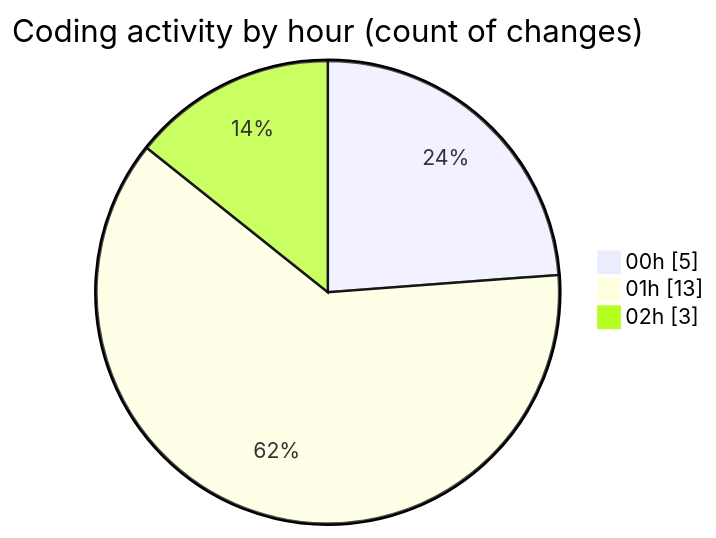
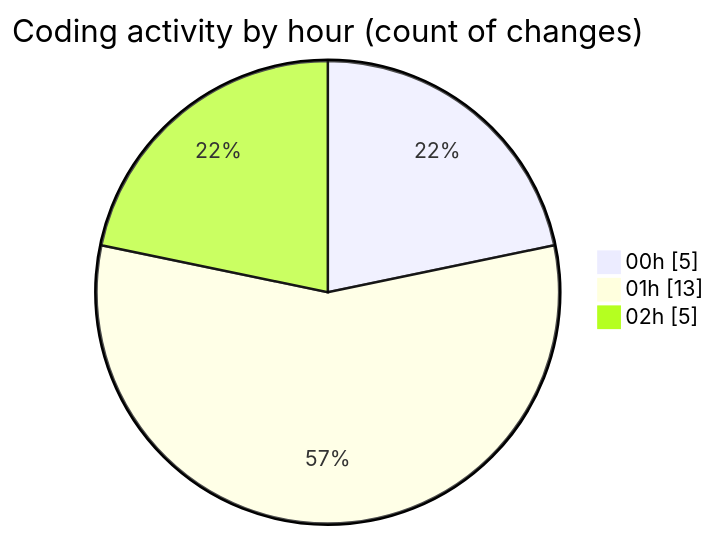
The second of 2 diagrams in 2026-07-14/shibass-ai/README.md (shibass792/code-tracking), drawn with Mermaid before and after one commit. The commit also changed other lines of this file and 1 other file, not shown here.

````diff
--- a/2026-07-14/shibass-ai/README.md
+++ b/2026-07-14/shibass-ai/README.md
@@ -37,7 +37,7 @@
 ```mermaid
 pie showData
 title Coding activity by hour (count of changes)
 "00h" : 5
 "01h" : 13
-"02h" : 3
+"02h" : 5
 ```
````
